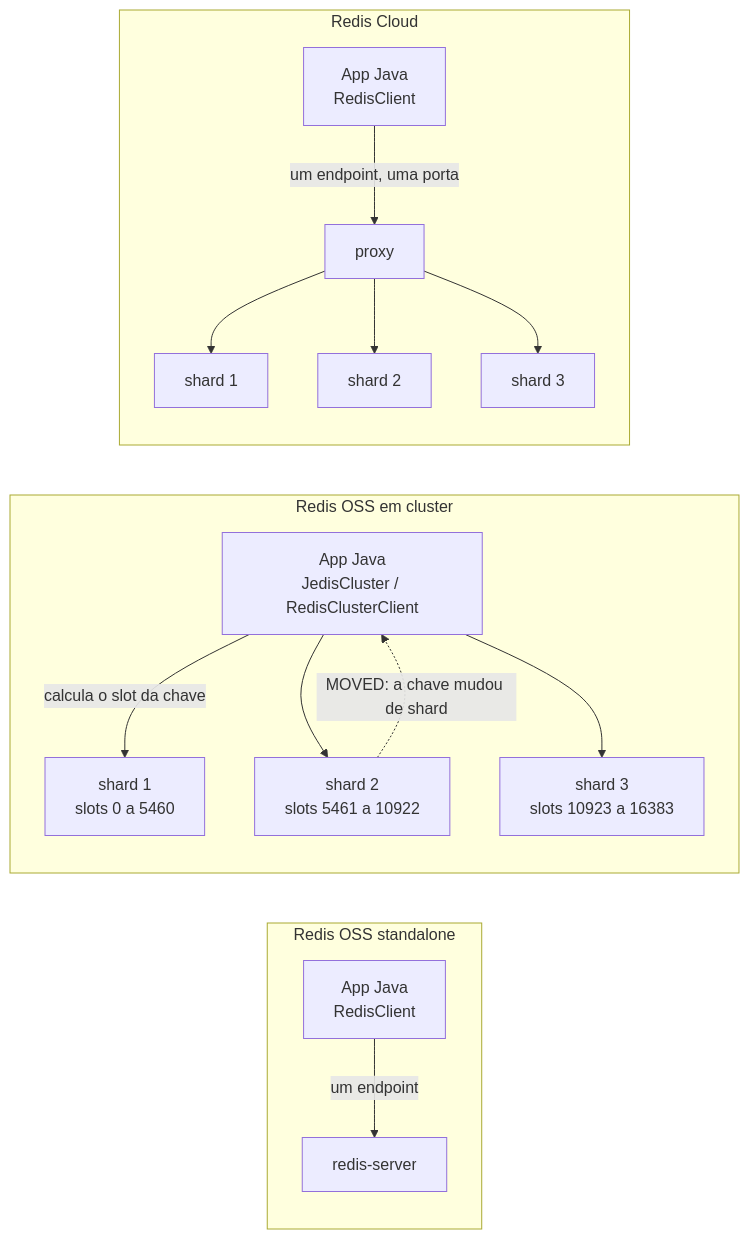
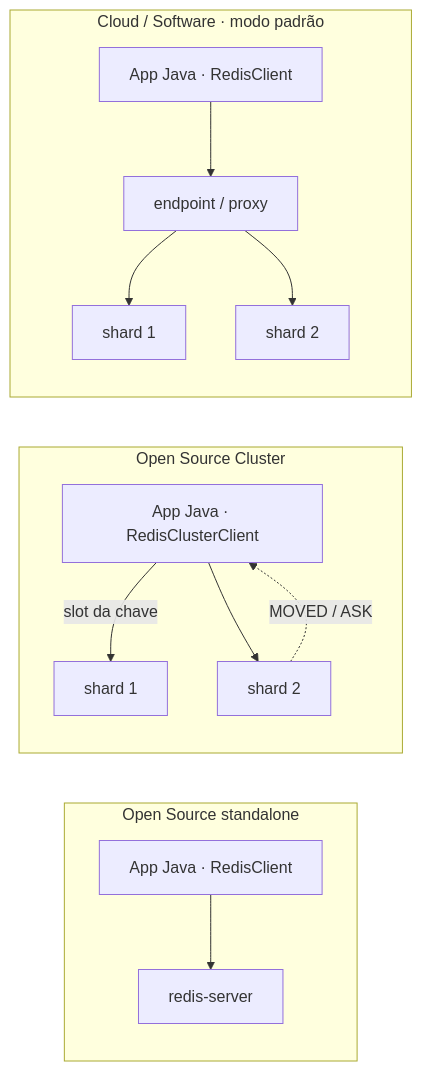
The diagram in course/docs/fundamentos/01-mapa-do-mundo.md (gacerioni/redis-java-quest), drawn with Mermaid before and after one commit. The commit also changed other lines of this file and 105 other files, not shown here.

````diff
--- a/course/docs/fundamentos/01-mapa-do-mundo.md
+++ b/course/docs/fundamentos/01-mapa-do-mundo.md
@@ -109,19 +23,16 @@
-    ```mermaid
-    flowchart LR
-        subgraph A["Redis OSS standalone"]
-            a1["App Java<br/>RedisClient"] -->|"um endpoint"| a2["redis-server"]
-        end
-        subgraph B["Redis OSS em cluster"]
-            b1["App Java<br/>JedisCluster / RedisClusterClient"]
-            b1 -->|"calcula o slot da chave"| b2["shard 1<br/>slots 0 a 5460"]
-            b1 --> b3["shard 2<br/>slots 5461 a 10922"]
-            b1 --> b4["shard 3<br/>slots 10923 a 16383"]
-            b3 -.->|"MOVED: a chave mudou de shard"| b1
-        end
-        subgraph C["Redis Cloud"]
-            c1["App Java<br/>RedisClient"] -->|"um endpoint, uma porta"| c2["proxy"]
-            c2 --> c3["shard 1"]
-            c2 --> c4["shard 2"]
-            c2 --> c5["shard 3"]
-        end
-    ```
+```mermaid
+flowchart LR
+    subgraph A["Open Source standalone"]
+        a1["App Java · RedisClient"] --> a2["redis-server"]
+    end
+    subgraph B["Open Source Cluster"]
+        b1["App Java · RedisClusterClient"] -->|"slot da chave"| b2["shard 1"]
+        b1 --> b3["shard 2"]
+        b3 -.->|"MOVED / ASK"| b1
+    end
+    subgraph C["Cloud / Software · modo padrão"]
+        c1["App Java · RedisClient"] --> c2["endpoint / proxy"]
+        c2 --> c3["shard 1"]
+        c2 --> c4["shard 2"]
+    end
+```
````
